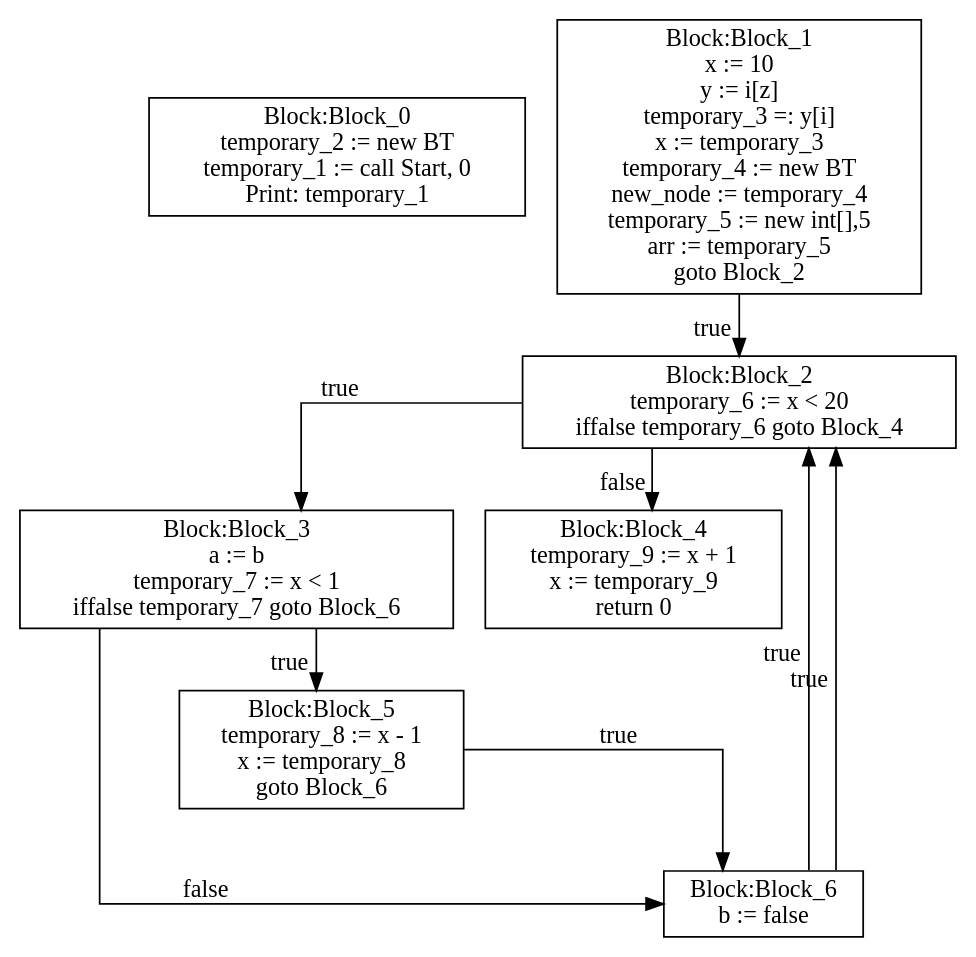
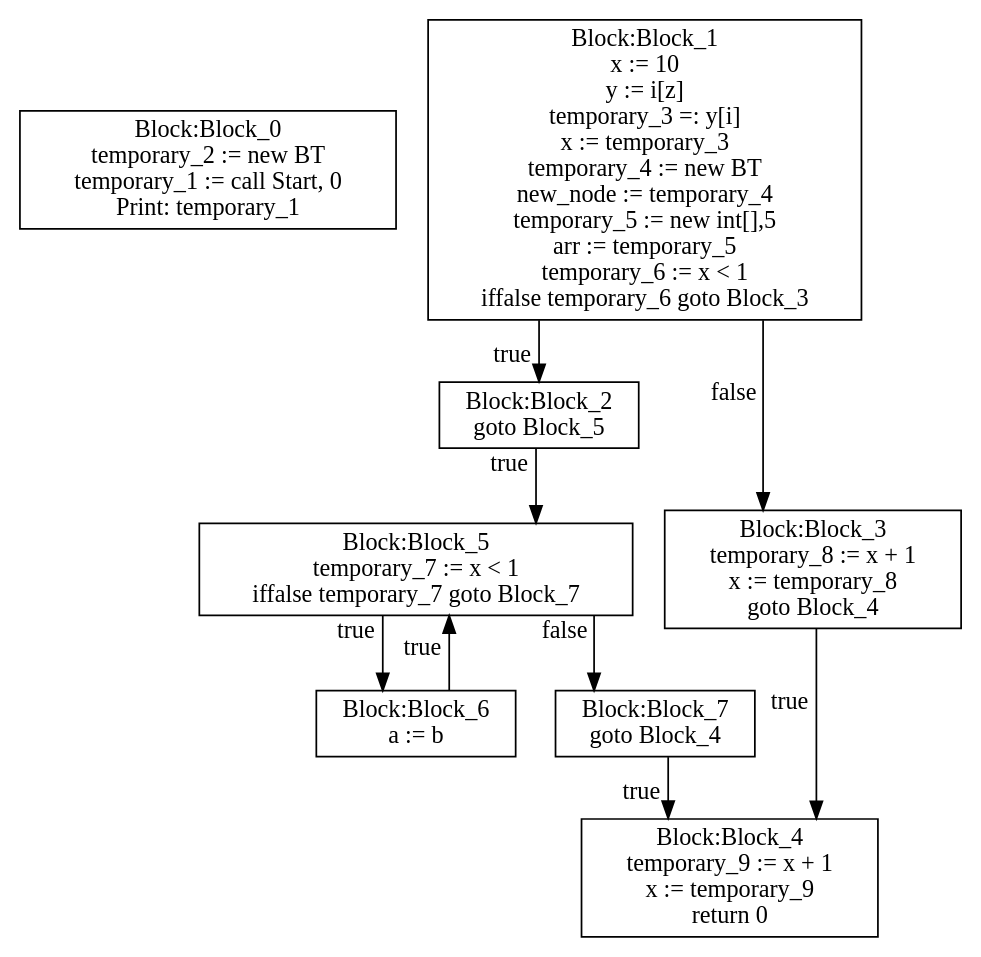
Before and after one commit to moondog-matthew/compiler-dv1655: the diagram in lab3/CFG-tree.dot, drawn with Graphviz. The commit also changed 3 other files, not shown here.

```diff
--- a/lab3/CFG-tree.dot
+++ b/lab3/CFG-tree.dot
@@ -1,45 +1,44 @@
 digraph {
 graph [ splines = ortho ]
 	node [ shape = box ];
 Block_0 [label="Block:Block_0
 temporary_2 := new BT
 temporary_1 := call Start, 0
 Print: temporary_1"];
 Block_1 [label="Block:Block_1
 x := 10
 y := i[z]
 temporary_3 =: y[i]
 x := temporary_3
 temporary_4 := new BT
 new_node := temporary_4
 temporary_5 := new int[],5
 arr := temporary_5
-goto Block_2"];
+temporary_6 := x < 1
+iffalse temporary_6 goto Block_3"];
 Block_1 -> Block_2 [xlabel = "true"]
 Block_2 [label="Block:Block_2
-temporary_6 := x < 20
-iffalse temporary_6 goto Block_4"];
-Block_2 -> Block_3 [xlabel = "true"]
-Block_3 [label="Block:Block_3
-a := b
+goto Block_5"];
+Block_2 -> Block_5 [xlabel = "true"]
+Block_5 [label="Block:Block_5
 temporary_7 := x < 1
-iffalse temporary_7 goto Block_6"];
-Block_3 -> Block_5 [xlabel = "true"]
-Block_5 [label="Block:Block_5
-temporary_8 := x - 1
-x := temporary_8
-goto Block_6"];
+iffalse temporary_7 goto Block_7"];
 Block_5 -> Block_6 [xlabel = "true"]
 Block_6 [label="Block:Block_6
-b := false"];
-Block_6 -> Block_2 [xlabel = "true"]
-Block_3 -> Block_6 [xlabel = "false"]
-Block_6 [label="Block:Block_6
-b := false"];
-Block_6 -> Block_2 [xlabel = "true"]
-Block_2 -> Block_4 [xlabel = "false"]
+a := b"];
+Block_6 -> Block_5 [xlabel = "true"]
+Block_5 -> Block_7 [xlabel = "false"]
+Block_7 [label="Block:Block_7
+goto Block_4"];
+Block_7 -> Block_4 [xlabel = "true"]
 Block_4 [label="Block:Block_4
 temporary_9 := x + 1
 x := temporary_9
 return 0"];
+Block_1 -> Block_3 [xlabel = "false"]
+Block_3 [label="Block:Block_3
+temporary_8 := x + 1
+x := temporary_8
+goto Block_4"];
+Block_3 -> Block_4 [xlabel = "true"]
 }
```
